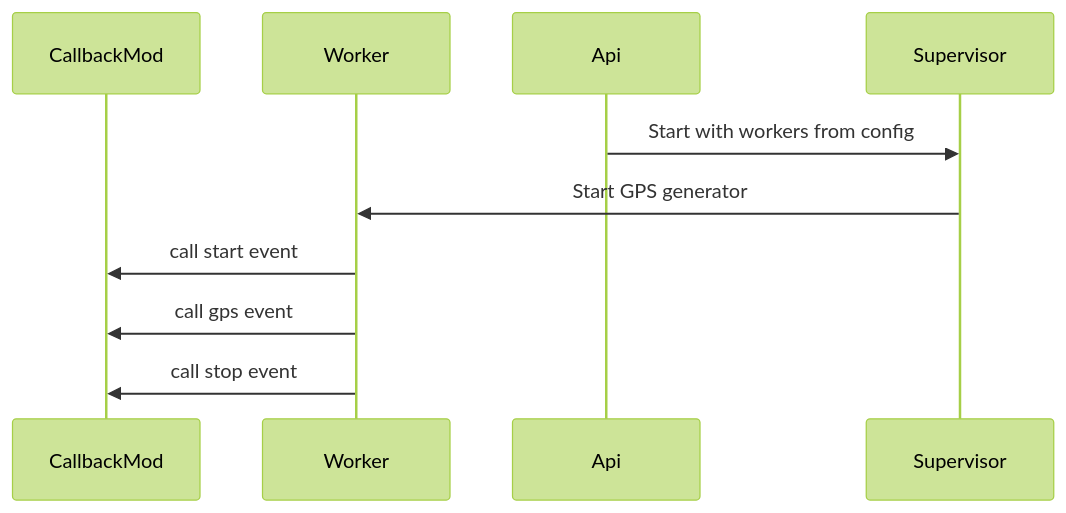
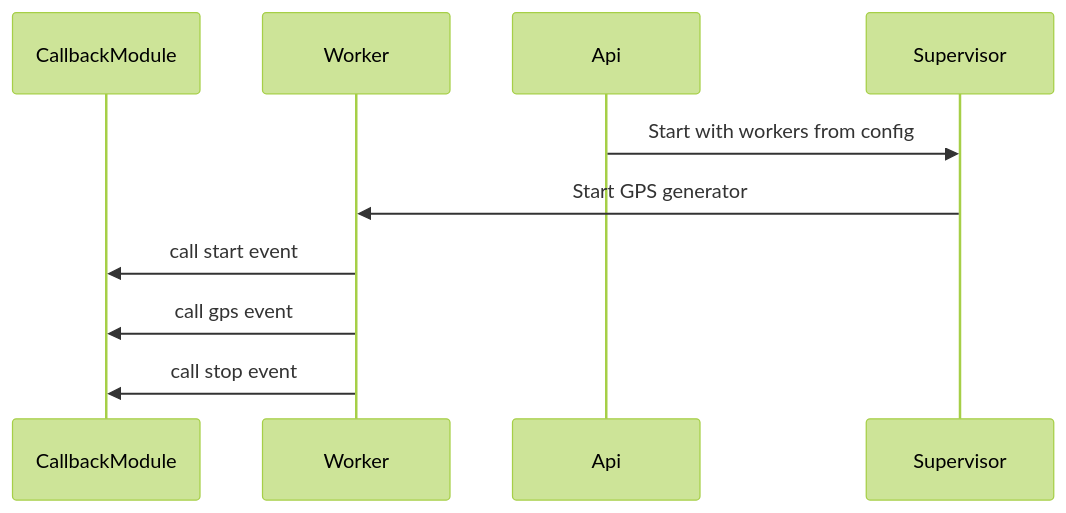
Before and after one commit to ohhi-vn/location_simulator: the diagram in README.md, drawn with Mermaid (forest theme). The commit also changed other lines of this file and 8 other files, not shown here.

````diff
--- a/README.md
+++ b/README.md
@@ -19,13 +19,13 @@
 ```mermaid
 sequenceDiagram
-    participant CallbackMod
+    participant CallbackModule
     participant Worker
     participant Api
     participant Supervisor
 
     Api->>Supervisor: Start with workers from config
     Supervisor->>Worker: Start GPS generator
-    Worker->>CallbackMod: call start event
-    Worker->>CallbackMod: call gps event
-    Worker->>CallbackMod: call stop event
+    Worker->>CallbackModule: call start event
+    Worker->>CallbackModule: call gps event
+    Worker->>CallbackModule: call stop event
 ```
````
